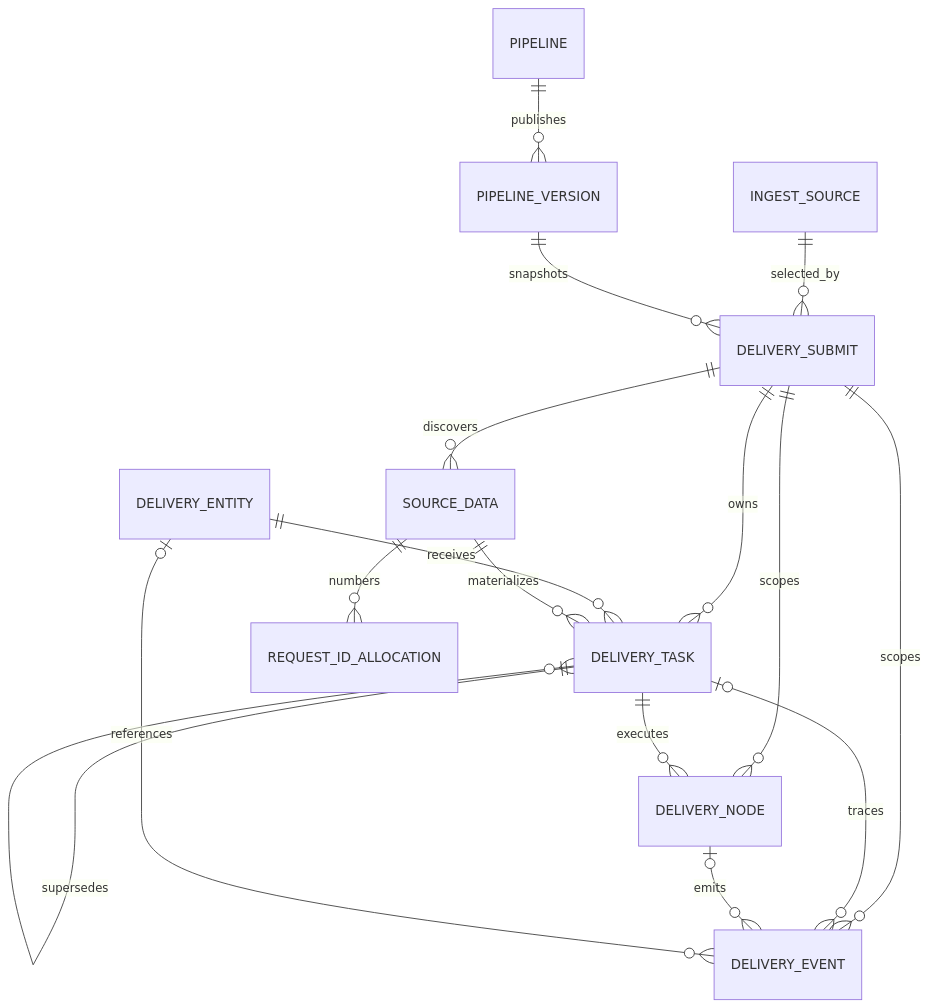
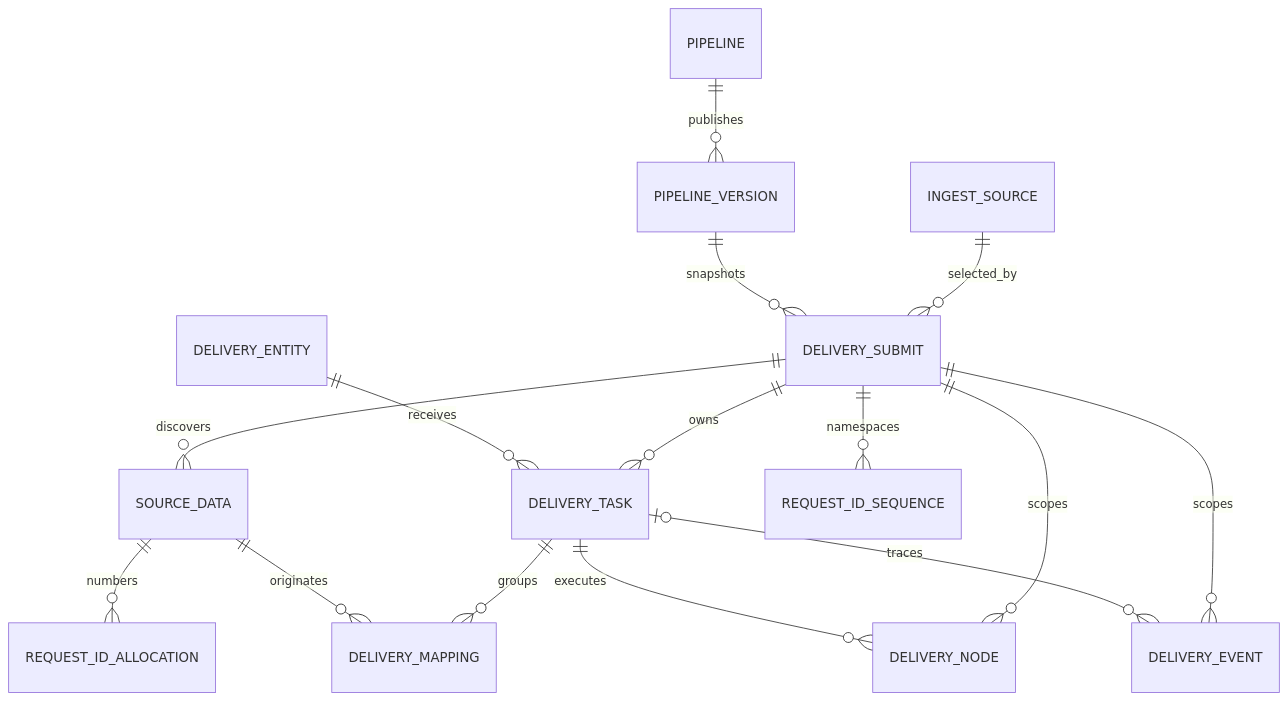
One commit to spidertk/archive-delivery-platform changed the diagram in docs/superpowers/specs/2026-11-06-archive-delivery-model-upgrade-design.md. Above: the diagram before and after it, drawn with Mermaid. The commit also changed other lines of this file and 77 other files, not shown here.

Commit message:
feat: support composite entity delivery and source cache

````diff
--- a/docs/superpowers/specs/2026-11-06-archive-delivery-model-upgrade-design.md
+++ b/docs/superpowers/specs/2026-11-06-archive-delivery-model-upgrade-design.md
@@ -21,18 +20,17 @@
 ```mermaid
 erDiagram
     INGEST_SOURCE ||--o{ DELIVERY_SUBMIT : selected_by
     PIPELINE ||--o{ PIPELINE_VERSION : publishes
     PIPELINE_VERSION ||--o{ DELIVERY_SUBMIT : snapshots
     DELIVERY_SUBMIT ||--o{ SOURCE_DATA : discovers
     DELIVERY_SUBMIT ||--o{ DELIVERY_TASK : owns
     DELIVERY_ENTITY ||--o{ DELIVERY_TASK : receives
-    SOURCE_DATA ||--o{ DELIVERY_TASK : materializes
-    DELIVERY_TASK ||--o{ DELIVERY_TASK : supersedes
+    DELIVERY_TASK ||--o{ DELIVERY_MAPPING : groups
+    SOURCE_DATA ||--o{ DELIVERY_MAPPING : originates
     DELIVERY_SUBMIT ||--o{ DELIVERY_NODE : scopes
     DELIVERY_TASK ||--o{ DELIVERY_NODE : executes
     DELIVERY_SUBMIT ||--o{ DELIVERY_EVENT : scopes
     DELIVERY_TASK o|--o{ DELIVERY_EVENT : traces
-    DELIVERY_NODE o|--o{ DELIVERY_EVENT : emits
-    DELIVERY_ENTITY o|--o{ DELIVERY_EVENT : references
     SOURCE_DATA ||--o{ REQUEST_ID_ALLOCATION : numbers
+    DELIVERY_SUBMIT ||--o{ REQUEST_ID_SEQUENCE : namespaces
 ```
````
